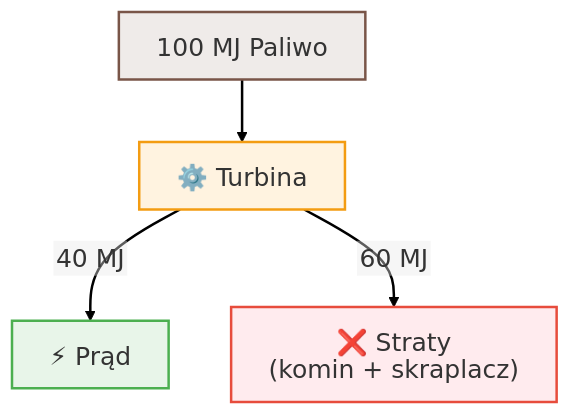
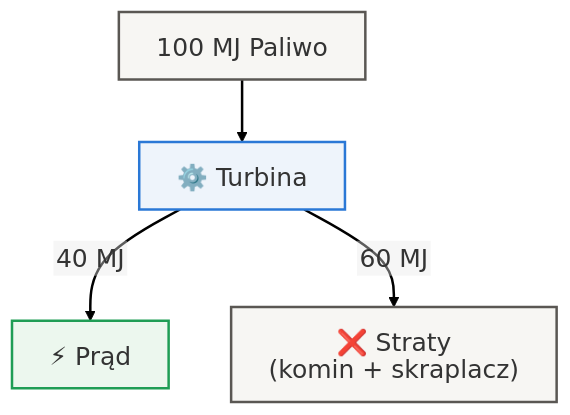
One commit to moondec/Termodynamika changed the third of 6 diagrams in Wyklady/15_Spalanie_Egzergia.qmd. Above: the diagram before and after it, drawn with Mermaid. The commit also changed other lines of this file and 229 other files, not shown here.

````diff
--- a/Wyklady/15_Spalanie_Egzergia.qmd
+++ b/Wyklady/15_Spalanie_Egzergia.qmd
@@ -278,15 +268,15 @@
 ```{mermaid}
 %%| fig-align: center
 
 %%{init: {'theme': 'default', 'flowchart': {'htmlLabels': false, 'wrappingWidth': 400, 'subGraphTitleMargin': {'top': 6, 'bottom': 16}}, 'themeVariables': {'fontSize': '20px', 'fontFamily': 'Arial, Helvetica, sans-serif'}, 'htmlLabels': false}}%%
 flowchart TD
     F["100 MJ Paliwo"] --> T["⚙️ Turbina"]
     T -->|"40 MJ"| E["⚡ Prąd"]
     T -->|"60 MJ"| S["❌ Straty<br>(komin + skraplacz)"]
-    
-    style F fill:#efebe9,stroke:#795548,stroke-width:2px
-    style T fill:#fff3e0,stroke:#f39c12,stroke-width:2px
-    style E fill:#e8f5e9,stroke:#4caf50,stroke-width:2px
-    style S fill:#ffebee,stroke:#e74c3c,stroke-width:2px
+
+    style F fill:#f7f6f3,stroke:#5a5753,stroke-width:2px
+    style T fill:#eef4fb,stroke:#2a78d6,stroke-width:2px
+    style E fill:#ecf7ee,stroke:#1f9d55,stroke-width:2px
+    style S fill:#f7f6f3,stroke:#5a5753,stroke-width:2px
     linkStyle default stroke-width:2px,fill:none,stroke:black
 ```
````
